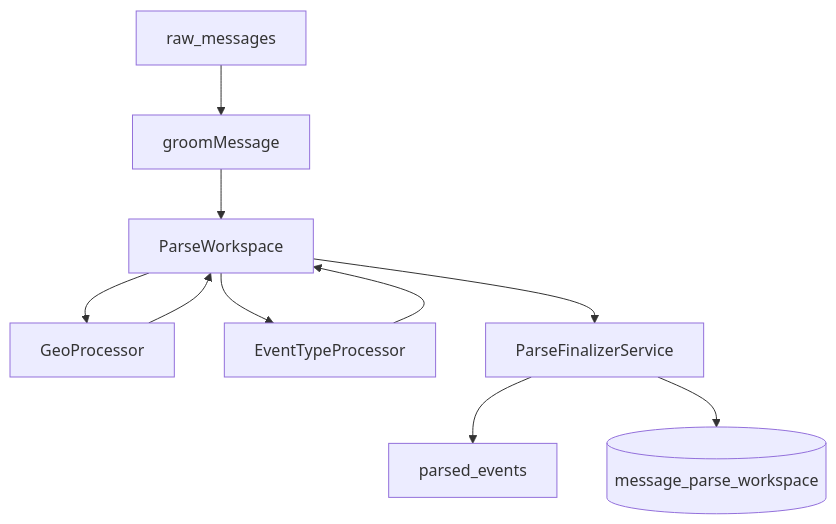
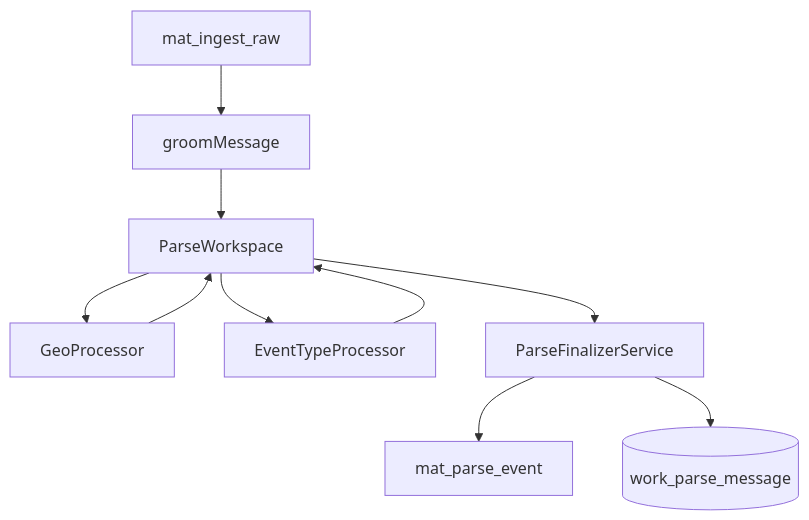
The diagram in docs/sdd/parse/phase-p1-workspace-finalizer.md (exclusiveLogin/radar), drawn with Mermaid before and after one commit. The commit also changed other lines of this file and 312 other files, not shown here.

````diff
--- a/docs/sdd/parse/phase-p1-workspace-finalizer.md
+++ b/docs/sdd/parse/phase-p1-workspace-finalizer.md
@@ -59,12 +59,12 @@
 ```mermaid
 flowchart TD
-  RAW[raw_messages] --> G[groomMessage]
+  RAW[mat_ingest_raw] --> G[groomMessage]
   G --> WS[ParseWorkspace]
   WS --> GEO[GeoProcessor]
   GEO --> WS
   WS --> ET[EventTypeProcessor]
   ET --> WS
   WS --> FIN[ParseFinalizerService]
-  FIN --> PE[parsed_events]
-  FIN --> PWS[(message_parse_workspace)]
+  FIN --> PE[mat_parse_event]
+  FIN --> PWS[(work_parse_message)]
 ```
````
